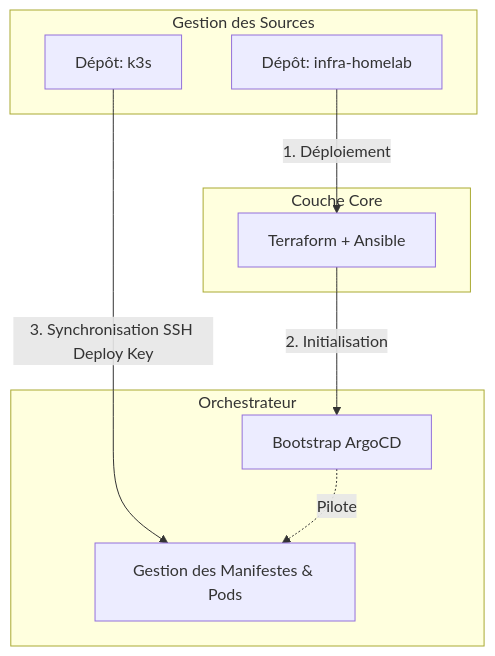
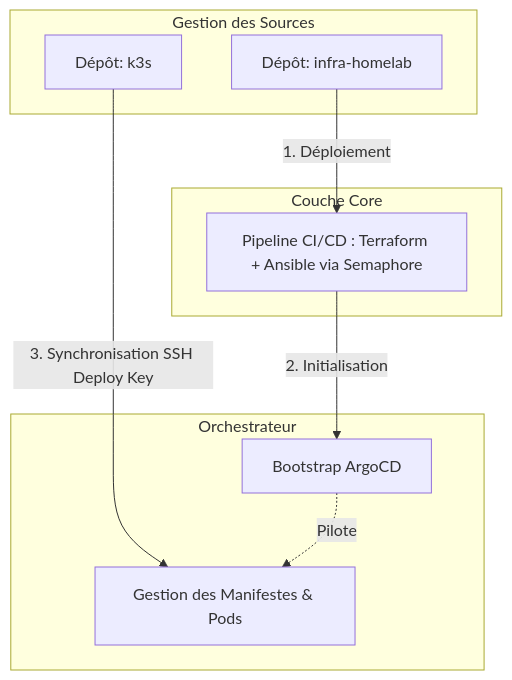
Before and after one commit to richpea1982/richpea1982.github.io: the first of 2 diagrams in iac-automation.md, drawn with Mermaid. The commit also changed other lines of this file, not shown here.

````diff
--- a/iac-automation.md
+++ b/iac-automation.md
@@ -17,21 +17,21 @@
 ```mermaid
 graph TD
     subgraph Repos [Gestion des Sources]
         A[Dépôt: infra-homelab]
         B[Dépôt: k3s]
     end
 
     subgraph Provision [Couche Core]
-        C[Terraform + Ansible]
+        C[Pipeline CI/CD : Terraform + Ansible via Semaphore]
     end
 
     subgraph K3sCluster [Orchestrateur]
         D[Bootstrap ArgoCD]
         E[Gestion des Manifestes & Pods]
     end
 
     A -->|1. Déploiement| C
     C -->|2. Initialisation| D
     B -->|3. Synchronisation SSH Deploy Key| E
     D -.->|Pilote| E
 ```
````
